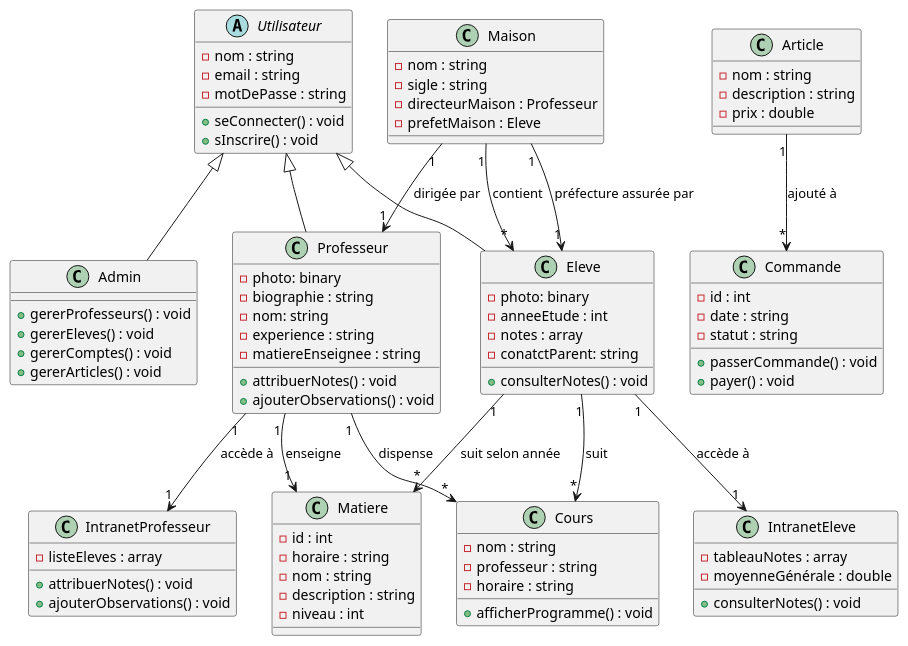
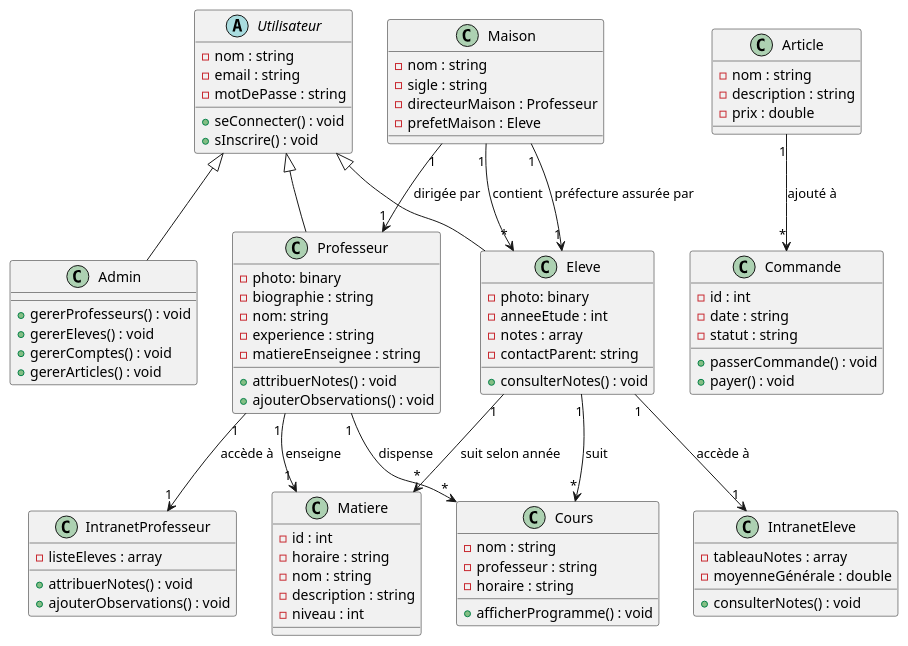
The diagram in Diagramme/diagrammeClasseSamira.puml (fledgless/Poudlard), drawn with PlantUML before and after one commit.

Commit message:
diagrammeClass

```diff
--- a/Diagramme/diagrammeClasseSamira.puml
+++ b/Diagramme/diagrammeClasseSamira.puml
@@ -1,125 +1,125 @@
 @startuml
 
 ' Déclaration des classes abstraites et des utilisateurs
 abstract class Utilisateur {
    
     - nom : string
     - email : string
     - motDePasse : string
     + seConnecter() : void
     + sInscrire() : void
 }
 
 class Eleve {
     - photo: binary
     - anneeEtude : int
     - notes : array
-    - conatctParent: string
+    - contactParent: string
     + consulterNotes() : void
 }
 
 class Professeur {
     - photo: binary
     - biographie : string
     - nom: string
     - experience : string
     - matiereEnseignee : string
     + attribuerNotes() : void
     + ajouterObservations() : void
 }
 
 class Admin {
     + gererProfesseurs() : void
     + gererEleves() : void
     + gererComptes() : void
-     + gererArticles() : void
+    + gererArticles() : void
 }
 
 ' Relations entre les classes Utilisateur et ses sous-classes
 Utilisateur <|-- Eleve
 Utilisateur <|-- Professeur
 Utilisateur <|-- Admin
 
 ' Classe Maison
 class Maison {
     - nom : string
     - sigle : string
     - directeurMaison : Professeur
     - prefetMaison : Eleve
 }
 
 ' Relation entre Maison et Eleve
 Maison "1" --> "*" Eleve : "contient"
 Maison "1" --> "1" Professeur : "dirigée par"
 Maison "1" --> "1" Eleve : "préfecture assurée par"
 
 ' Classe Matiere
 class Matiere {
     - id : int
     - horaire : string
     - nom : string
     - description : string
     - niveau : int
 }
 
 ' Un élève a plusieurs matières selon son année d'étude
 Eleve "1" --> "*" Matiere : "suit selon année"
 
 ' Un professeur enseigne une seule matière
 Professeur "1" --> "1" Matiere : "enseigne"
 
 ' Classe Cours
 class Cours {
     - nom : string
     - professeur : string
     - horaire : string
     + afficherProgramme() : void
 }
 ' Un élève a plusieurs Cours selon son année d'étude
 Eleve "1" --> "*" Cours : "suit "
 
 
 ' Un professeur dispense plusieurs Cours
 Professeur "1" --> "*" Cours : "dispense"
 
 ' Classe Boutique
 class Article {
     - nom : string
     - description : string
     - prix : double
 }
 
 class Commande {
     - id : int
     - date : string 
     - statut : string
     + passerCommande() : void
     + payer() : void
 }
 
 
 ' Relation entre Article et Commande
 Article "1" --> "*" Commande : "ajouté à"
 
 ' Intranet Élève et Professeur
 class IntranetEleve {
     - tableauNotes : array
     - moyenneGénérale : double
     + consulterNotes() : void
 }
 
 class IntranetProfesseur {
     - listeEleves : array
     + attribuerNotes() : void
     + ajouterObservations() : void
 }
 
 ' Relation entre Eleve et IntranetEleve
 Eleve "1" --> "1" IntranetEleve : "accède à"
 
 ' Relation entre Professeur et IntranetProfesseur
 Professeur "1" --> "1" IntranetProfesseur : "accède à"
 
 
 
 @enduml
```
